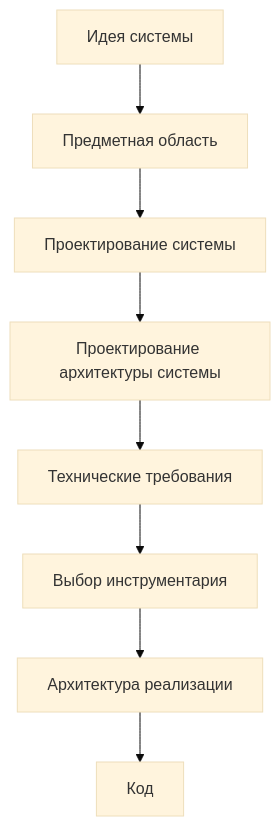
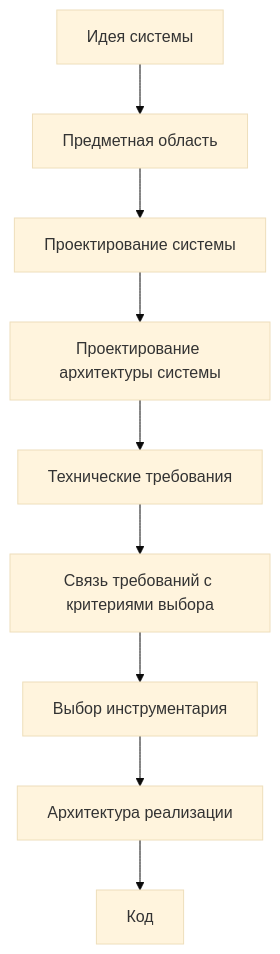
Before and after one commit to Mvil34998/Programming-Digital-Systems: the first of 4 diagrams in docs/03_roadmaps/Roadmap_System_Design.md, drawn with Mermaid (base theme). The commit also changed other lines of this file, not shown here.

Commit message:
Convert system design roadmap to Obsidian wikilinks

````diff
--- a/docs/03_roadmaps/Roadmap_System_Design.md
+++ b/docs/03_roadmaps/Roadmap_System_Design.md
@@ -28,10 +28,11 @@
 ```mermaid
 flowchart TD
     A[Идея системы] --> B[Предметная область]
     B --> C[Проектирование системы]
     C --> D[Проектирование архитектуры системы]
     D --> E[Технические требования]
-    E --> F[Выбор инструментария]
-    F --> G[Архитектура реализации]
-    G --> H[Код]
+    E --> F[Связь требований с критериями выбора]
+    F --> G[Выбор инструментария]
+    G --> H[Архитектура реализации]
+    H --> I[Код]
 ```
````
